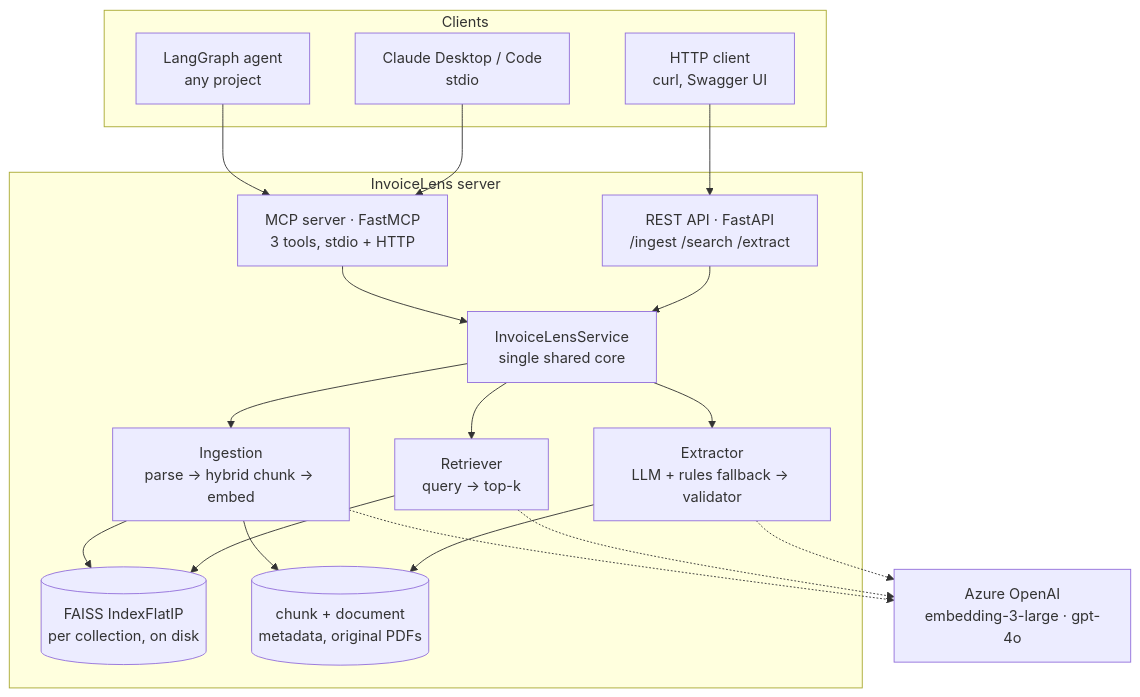
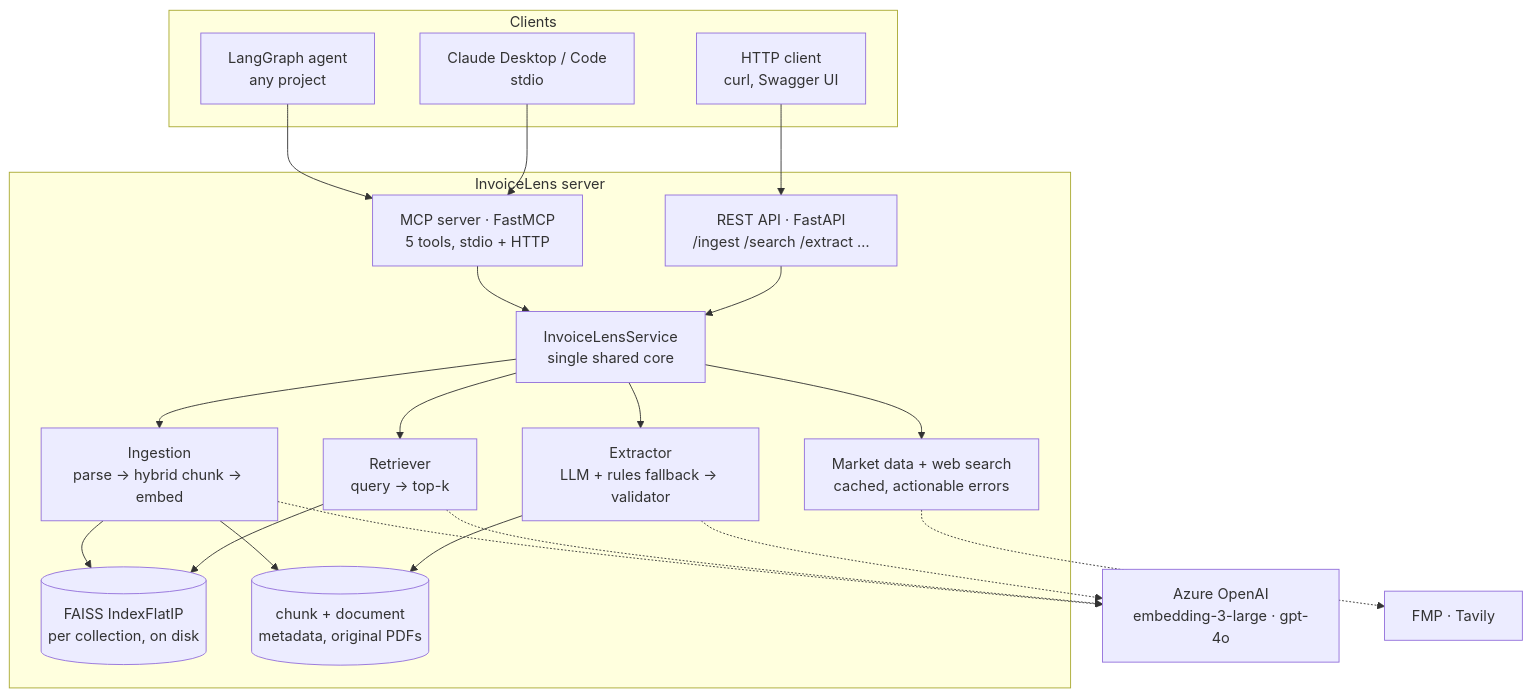
The first of 2 diagrams in README.md (rohitjondhalems/invoicelens-mcp), drawn with Mermaid before and after one commit. The commit also changed other lines of this file and 11 other files, not shown here.

First line of the commit message:
Add vendor research tools: company financials (FMP) and web search (Tavily)

````diff
--- a/README.md
+++ b/README.md
@@ -17,29 +19,32 @@
 ```mermaid
 flowchart TB
     subgraph clients[Clients]
         LG[LangGraph agent<br/>any project]
         CD[Claude Desktop / Code<br/>stdio]
         HC[HTTP client<br/>curl, Swagger UI]
     end
     subgraph server[InvoiceLens server]
-        MCP[MCP server · FastMCP<br/>3 tools, stdio + HTTP]
-        API[REST API · FastAPI<br/>/ingest /search /extract]
+        MCP[MCP server · FastMCP<br/>5 tools, stdio + HTTP]
+        API[REST API · FastAPI<br/>/ingest /search /extract …]
         SVC[InvoiceLensService<br/>single shared core]
         ING[Ingestion<br/>parse → hybrid chunk → embed]
         RET[Retriever<br/>query → top-k]
         EXT[Extractor<br/>LLM + rules fallback → validator]
+        MKT[Market data + web search<br/>cached, actionable errors]
         FAISS[(FAISS IndexFlatIP<br/>per collection, on disk)]
         META[(chunk + document<br/>metadata, original PDFs)]
     end
     AOAI[Azure OpenAI<br/>embedding-3-large · gpt-4o]
+    EXTAPI[FMP · Tavily]
     LG --> MCP
     CD --> MCP
     HC --> API
     MCP --> SVC
     API --> SVC
-    SVC --> ING & RET & EXT
+    SVC --> ING & RET & EXT & MKT
     ING --> FAISS & META
     RET --> FAISS
     EXT --> META
     ING & RET & EXT -.-> AOAI
+    MKT -.-> EXTAPI
 ```
````
